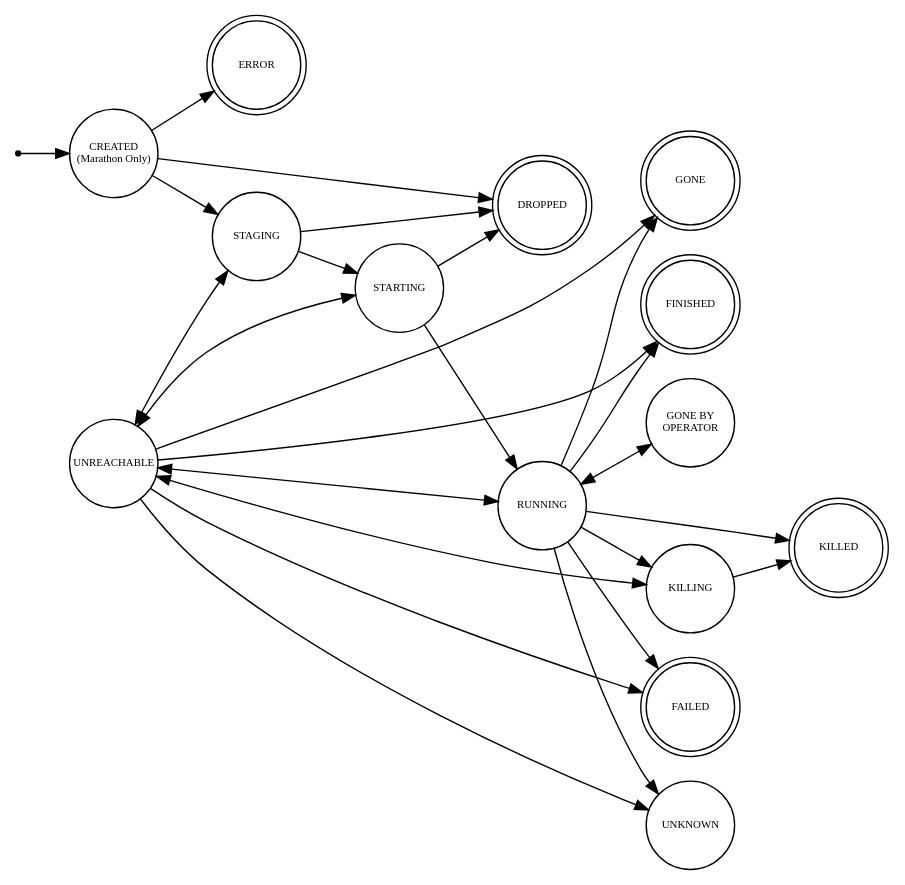
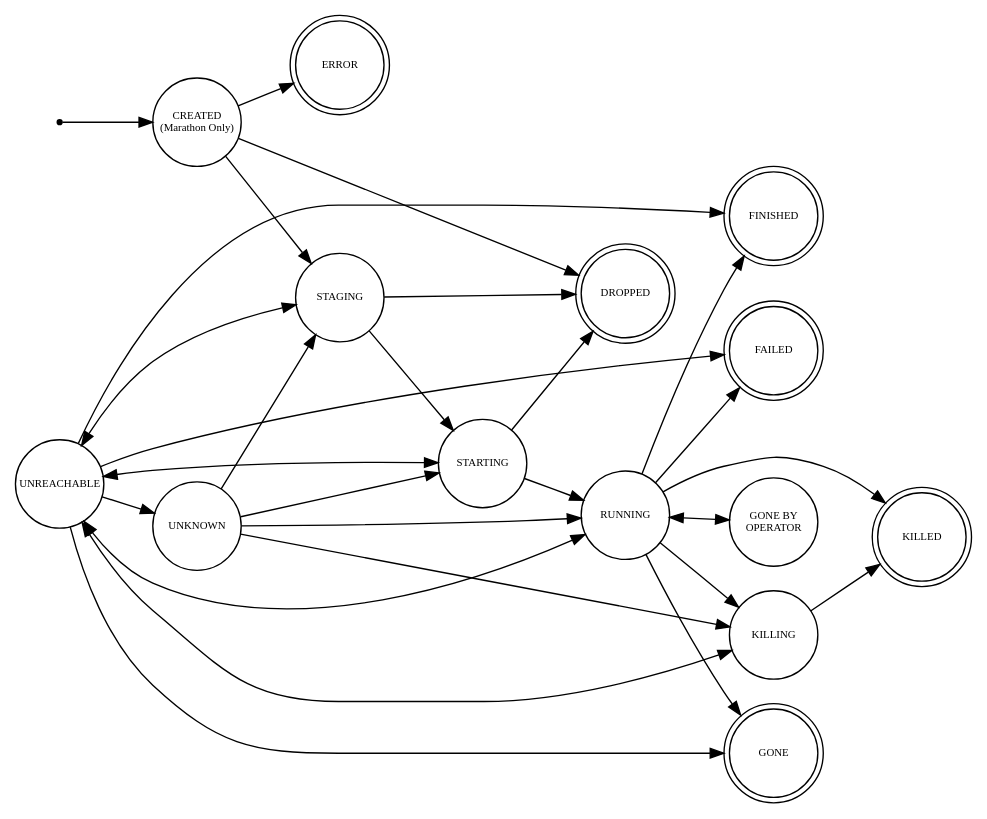
Before and after one commit to mesosphere/marathon: the diagram in task_status_fsm.dot, drawn with Graphviz. The commit also changed 1 other file, not shown here.

Commit message:
Correct UNKNOWN transistions.

```diff
--- a/task_status_fsm.dot
+++ b/task_status_fsm.dot
@@ -1,116 +1,121 @@
 digraph task_status_fsm {
     //layout = "fdp"
     rankdir = LR
 
     node [shape = point]; start;
 
     node [ fontsize = 8
          , fixedsize = true
          , width=0.9
          ]
 
 
       /**************************/
      /** Non-terminal states **/
     /************************/
 	node [shape = circle];
 
     // Internal state for Marathon when a task start was requested.
     "CREATED\n(Marathon Only)";
 
     // Initial state. Framework status updates should not use.
     STAGING;
 
     // The task is being launched by the executor.
     STARTING;
 
 	RUNNING;
 
     // The task is being killed by the executor.
     KILLING;
 
     // The task was running on an agent that has lost contact with the
     // master, typically due to a network failure or partition. The task
     // may or may not still be running.
 	UNREACHABLE;
 
     // The task was running on an agent that the master cannot contact;
     // the operator has asserted that the agent has been shutdown, but
     // this has not been directly confirmed by the master. If the
     // operator is correct, the task is not running and this is a
     // terminal state; if the operator is mistaken, the task might still
     // be running, and might return to the RUNNING state in the future.
 	"GONE BY\nOPERATOR";
 
     // The master has no knowledge of the task. This is typically
     // because either (a) the master never had knowledge of the task, or
     // (b) the master forgot about the task because it garbaged
     // collected its metadata about the task. The task may or may not
     // still be running.
 	UNKNOWN;
 
       /*************************/
      /**** Terminal states ****/
     /*************************/
 	node [shape = doublecircle];
 
     // The task was running on an agent that has been shutdown (e.g.,
     // the agent become partitioned, rebooted, and then reconnected to
     // the master; any tasks running before the reboot will transition
     // from UNREACHABLE to GONE). The task is no longer running. This is
     // a terminal state.
     GONE;
 
     // The task finished successfully.
     FINISHED;
 
     // The task failed to finish successfully.
     FAILED;
 
     // The task was killed by the executor.
     KILLED;
 
     // The task description contains an error.
     ERROR;
 
     // The task failed to launch because of a transient error. The
     // task's executor never started running. Unlike TASK_ERROR, the
     // task description is valid -- attempting to launch the task again
     // may be successful. This is a terminal state.
 	DROPPED;
 
     start -> "CREATED\n(Marathon Only)";
     "CREATED\n(Marathon Only)" -> ERROR;
     "CREATED\n(Marathon Only)" -> STAGING;
     "CREATED\n(Marathon Only)" -> DROPPED;
     STAGING -> STARTING;
     STAGING -> DROPPED;
     STARTING -> RUNNING;
     STARTING -> DROPPED;
 
     RUNNING -> GONE;
     RUNNING -> "GONE BY\nOPERATOR" [dir = both];
     RUNNING -> FAILED;
     RUNNING -> FINISHED;
-    RUNNING -> UNKNOWN;
     RUNNING -> KILLING;
 
     // A task can go right to being killed without going through killing phase.
     RUNNING -> KILLED;
 
     KILLING -> KILLED;
 
     // A task can come back from being UNREACHABLE to any state. HOWEVER, if a
     // task was state A and then UNREACHABLE it comes back only to being A. So
     // UNREACHABLE is not transitive.
     UNREACHABLE -> GONE;
     UNREACHABLE -> FAILED;
     UNREACHABLE -> FINISHED;
     UNREACHABLE -> RUNNING  [dir = both];
     UNREACHABLE -> STARTING  [dir = both];
     UNREACHABLE -> STAGING  [dir = both];
     UNREACHABLE -> KILLING  [dir = both];
 
     // This means that the task got garbage collected.
     UNREACHABLE -> UNKNOWN;
+
+    // An unreachable task that was garbage collected comes back to life.
+    UNKNOWN -> RUNNING;
+    UNKNOWN -> STARTING;
+    UNKNOWN -> STAGING;
+    UNKNOWN -> KILLING;
 }
```
